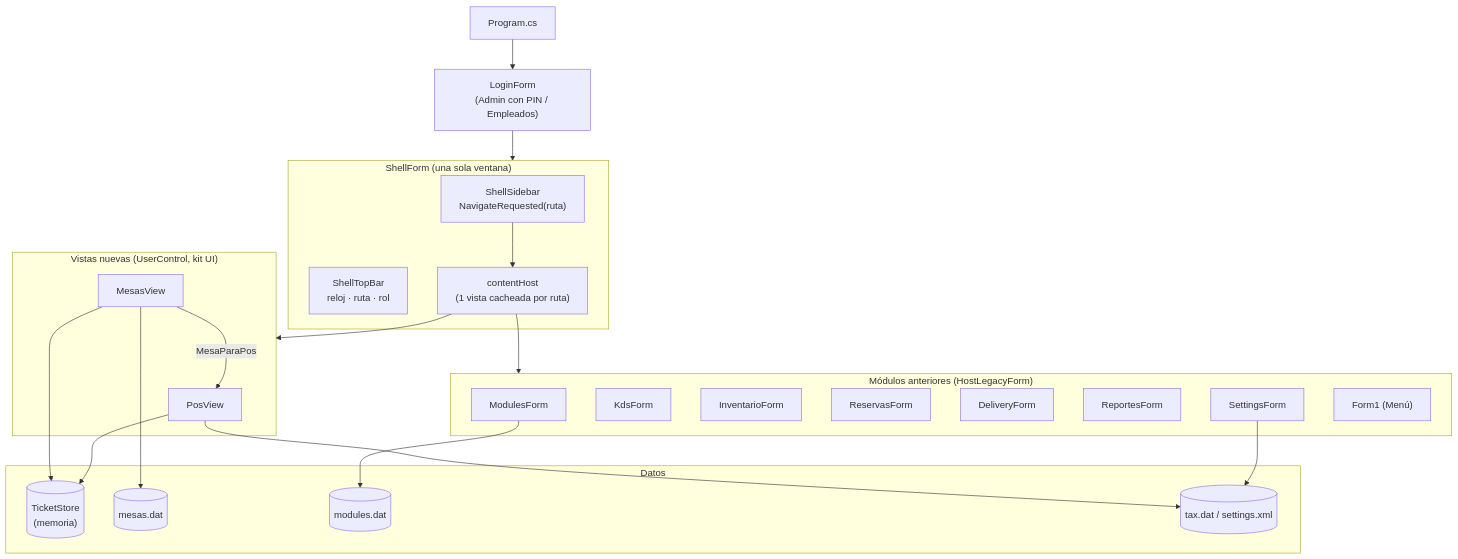
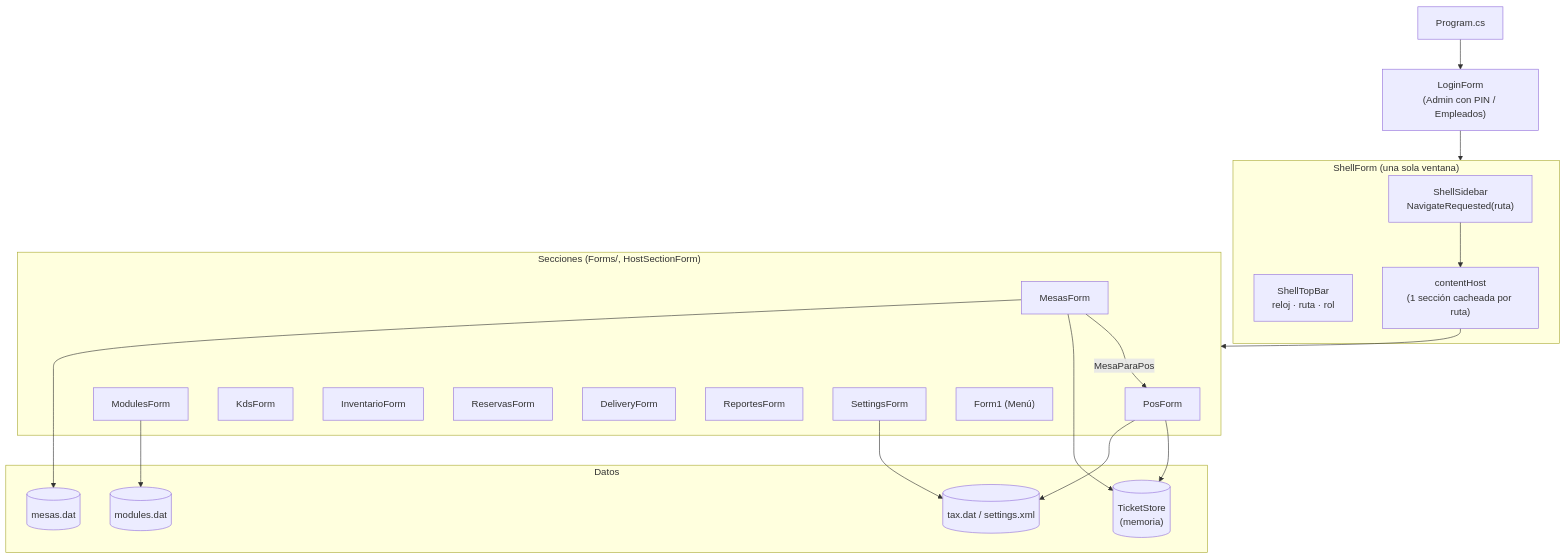
The first of 2 diagrams in README.md (MrDylanDev/Desktop), drawn with Mermaid before and after one commit. The commit also changed other lines of this file and 117 other files, not shown here.

First line of the commit message:
feat: cada sección de RestoOS es un Form editable en el diseñador

````diff
--- a/README.md
+++ b/README.md
@@ -60,40 +61,37 @@
 ```mermaid
 flowchart TB
     P["Program.cs"] --> L["LoginForm\n(Admin con PIN / Empleados)"]
     L --> S
     subgraph S["ShellForm (una sola ventana)"]
         SB["ShellSidebar\nNavigateRequested(ruta)"]
         TB["ShellTopBar\nreloj · ruta · rol"]
-        CH["contentHost\n(1 vista cacheada por ruta)"]
+        CH["contentHost\n(1 sección cacheada por ruta)"]
     end
-    subgraph Nuevas["Vistas nuevas (UserControl, kit UI)"]
-        POS["PosView"]
-        MES["MesasView"]
-    end
-    subgraph Legacy["Módulos anteriores (HostLegacyForm)"]
+    subgraph Secciones["Secciones (Forms/, HostSectionForm)"]
+        POS["PosForm"]
+        MES["MesasForm"]
         MOD["ModulesForm"]
         KDS["KdsForm"]
         INV["InventarioForm"]
         RES["ReservasForm"]
         DEL["DeliveryForm"]
         REP["ReportesForm"]
         CFG["SettingsForm"]
         MENU["Form1 (Menú)"]
     end
     subgraph Datos["Datos"]
         TS[("TicketStore\n(memoria)")]
         MS[("mesas.dat")]
         MD[("modules.dat")]
         TX[("tax.dat / settings.xml")]
     end
     SB --> CH
-    CH --> Nuevas
-    CH --> Legacy
+    CH --> Secciones
     MES -- "MesaParaPos" --> POS
     POS --> TS
     MES --> TS
     MES --> MS
     MOD --> MD
     CFG --> TX
     POS --> TX
 ```
````
